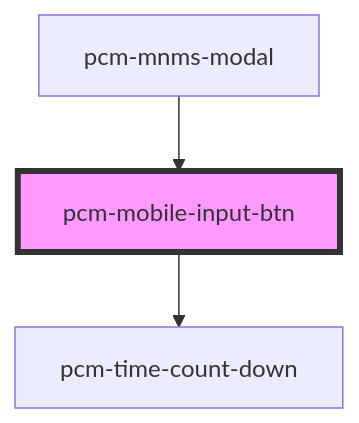
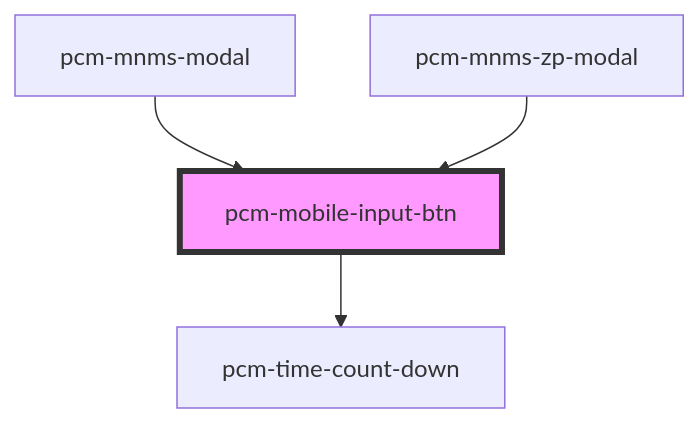
Before and after one commit to Pincaimao/pcm-agents-sdk: the diagram in packages/pcm-agents/docs/components/pcm-mobile-input-btn/readme.md, drawn with Mermaid. The commit also changed other lines of this file and 3 other files, not shown here.

````diff
--- a/packages/pcm-agents/docs/components/pcm-mobile-input-btn/readme.md
+++ b/packages/pcm-agents/docs/components/pcm-mobile-input-btn/readme.md
@@ -34,6 +35,7 @@
 ```mermaid
 graph TD;
   pcm-mobile-input-btn --> pcm-time-count-down
   pcm-mnms-modal --> pcm-mobile-input-btn
+  pcm-mnms-zp-modal --> pcm-mobile-input-btn
   style pcm-mobile-input-btn fill:#f9f,stroke:#333,stroke-width:4px
 ```
````
